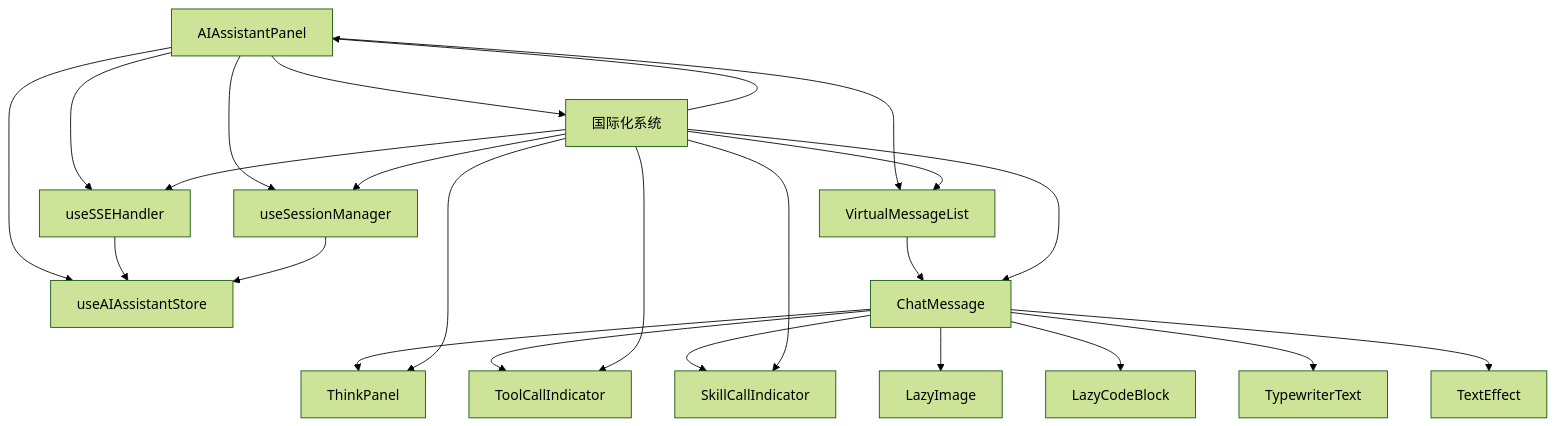
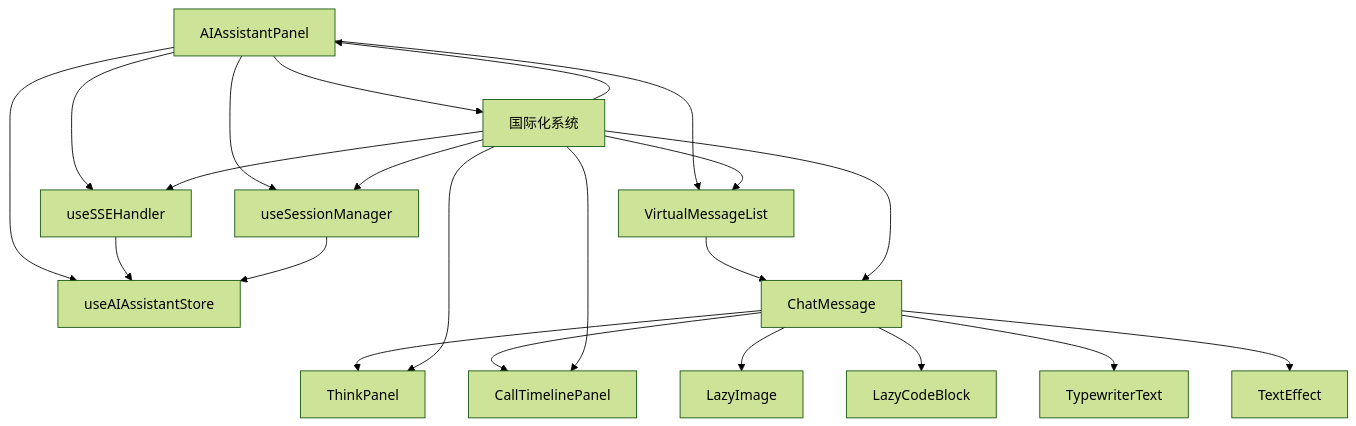
Diagram 16 of 16 in .qoder/repowiki/zh/content/系统架构/前端架构/组件架构/AI助手组件/AI助手组件.md (KunLabAI/KunFlix), drawn with Mermaid (forest theme) before and after one commit. The commit also changed other lines of this file and 18 other files, not shown here.

````diff
--- a/.qoder/repowiki/zh/content/系统架构/前端架构/组件架构/AI助手组件/AI助手组件.md
+++ b/.qoder/repowiki/zh/content/系统架构/前端架构/组件架构/AI助手组件/AI助手组件.md
@@ -699,26 +763,24 @@
 ```mermaid
 graph TB
 Panel["AIAssistantPanel"] --> SSE["useSSEHandler"]
 Panel --> SM["useSessionManager"]
 Panel --> Store["useAIAssistantStore"]
 Panel --> VM["VirtualMessageList"]
 Panel --> I18n["国际化系统"]
 VM --> CM["ChatMessage"]
 CM --> TP["ThinkPanel"]
-CM --> TCI["ToolCallIndicator"]
-CM --> SCI["SkillCallIndicator"]
+CM --> CT["CallTimelinePanel"]
 CM --> LI["LazyImage"]
 CM --> LCB["LazyCodeBlock"]
 CM --> TT["TypewriterText"]
 CM --> TE["TextEffect"]
 SSE --> Store
 SM --> Store
 I18n --> Panel
 I18n --> CM
 I18n --> TP
-I18n --> TCI
-I18n --> SCI
+I18n --> CT
 I18n --> VM
 I18n --> SSE
 I18n --> SM
 ```
````
